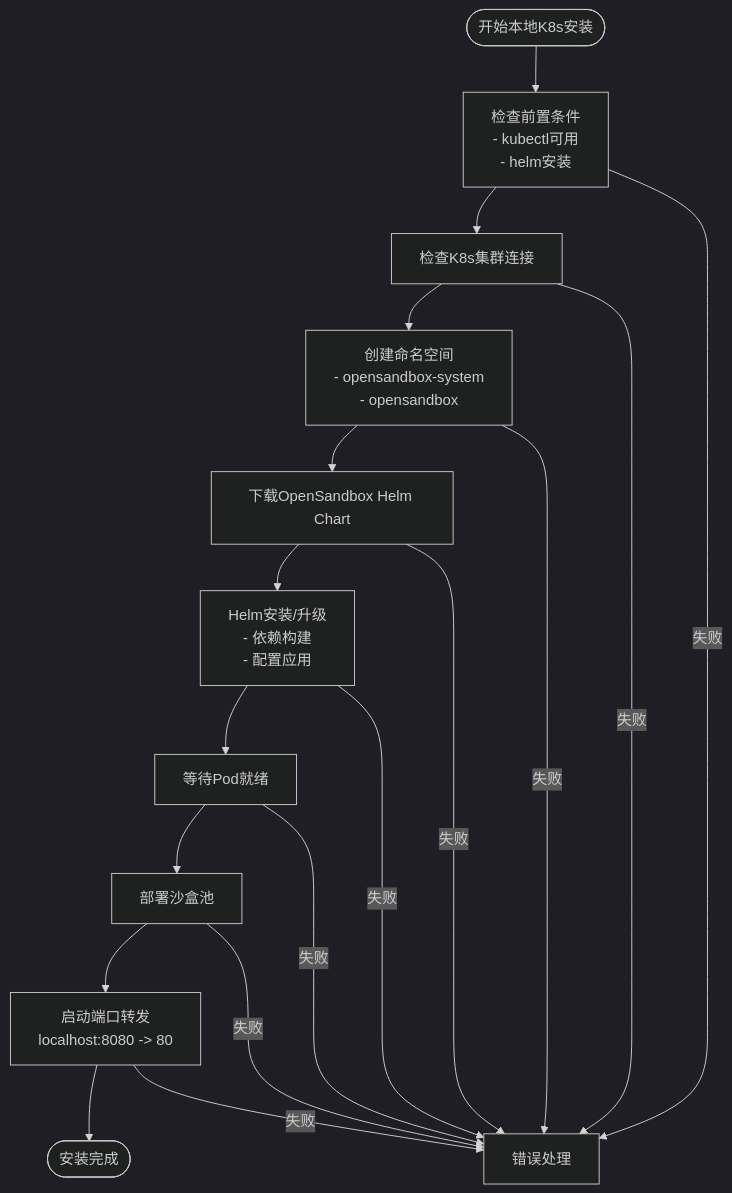
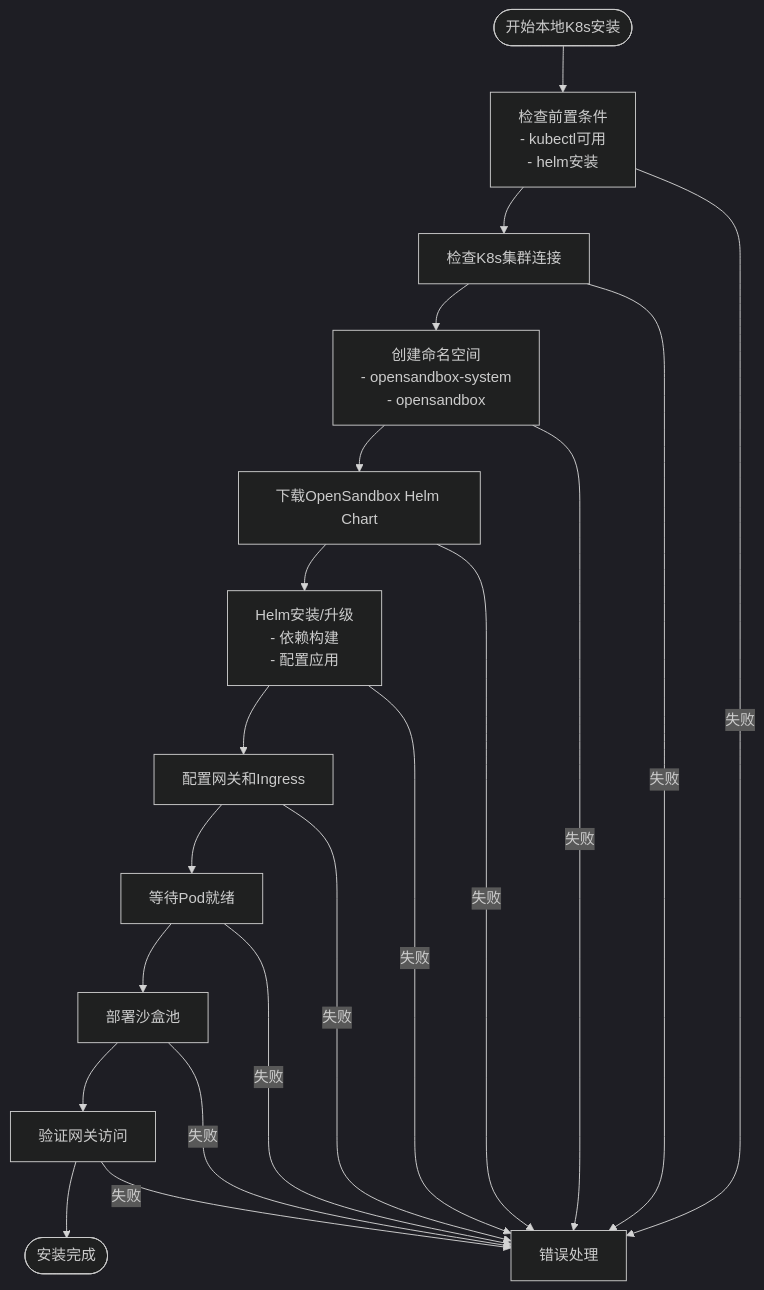
One commit to RabbitAI-Lab/Sandbox-Manager changed the sixth of 8 diagrams in .qoder/repowiki/zh/content/API参考文档/REST API/设置向导API.md. Above: the diagram before and after it, drawn with Mermaid (dark theme). The commit also changed other lines of this file and 21 other files, not shown here.

````diff
--- a/.qoder/repowiki/zh/content/API参考文档/REST API/设置向导API.md
+++ b/.qoder/repowiki/zh/content/API参考文档/REST API/设置向导API.md
@@ -255,20 +277,22 @@
 ```mermaid
 flowchart TD
 Start([开始本地K8s安装]) --> Prerequisites["检查前置条件<br/>- kubectl可用<br/>- helm安装"]
 Prerequisites --> ClusterCheck["检查K8s集群连接"]
 ClusterCheck --> NamespaceCreate["创建命名空间<br/>- opensandbox-system<br/>- opensandbox"]
 NamespaceCreate --> ChartDownload["下载OpenSandbox Helm Chart"]
 ChartDownload --> HelmInstall["Helm安装/升级<br/>- 依赖构建<br/>- 配置应用"]
-HelmInstall --> PodWait["等待Pod就绪"]
-PodWait --> PoolDeploy["部署沙盒池"]
-PoolDeploy --> PortForward["启动端口转发<br/>localhost:8080 -> 80"]
-PortForward --> Complete([安装完成])
+HelmInstall --> PostInstall["配置网关和Ingress"]
+PostInstall --> WaitPods["等待Pod就绪"]
+WaitPods --> PoolDeploy["部署沙盒池"]
+PoolDeploy --> VerifyGateway["验证网关访问"]
+VerifyGateway --> Complete([安装完成])
 Prerequisites --> |失败| Error[错误处理]
 ClusterCheck --> |失败| Error
 NamespaceCreate --> |失败| Error
 ChartDownload --> |失败| Error
 HelmInstall --> |失败| Error
-PodWait --> |失败| Error
+PostInstall --> |失败| Error
+WaitPods --> |失败| Error
 PoolDeploy --> |失败| Error
-PortForward --> |失败| Error
+VerifyGateway --> |失败| Error
 ```
````
